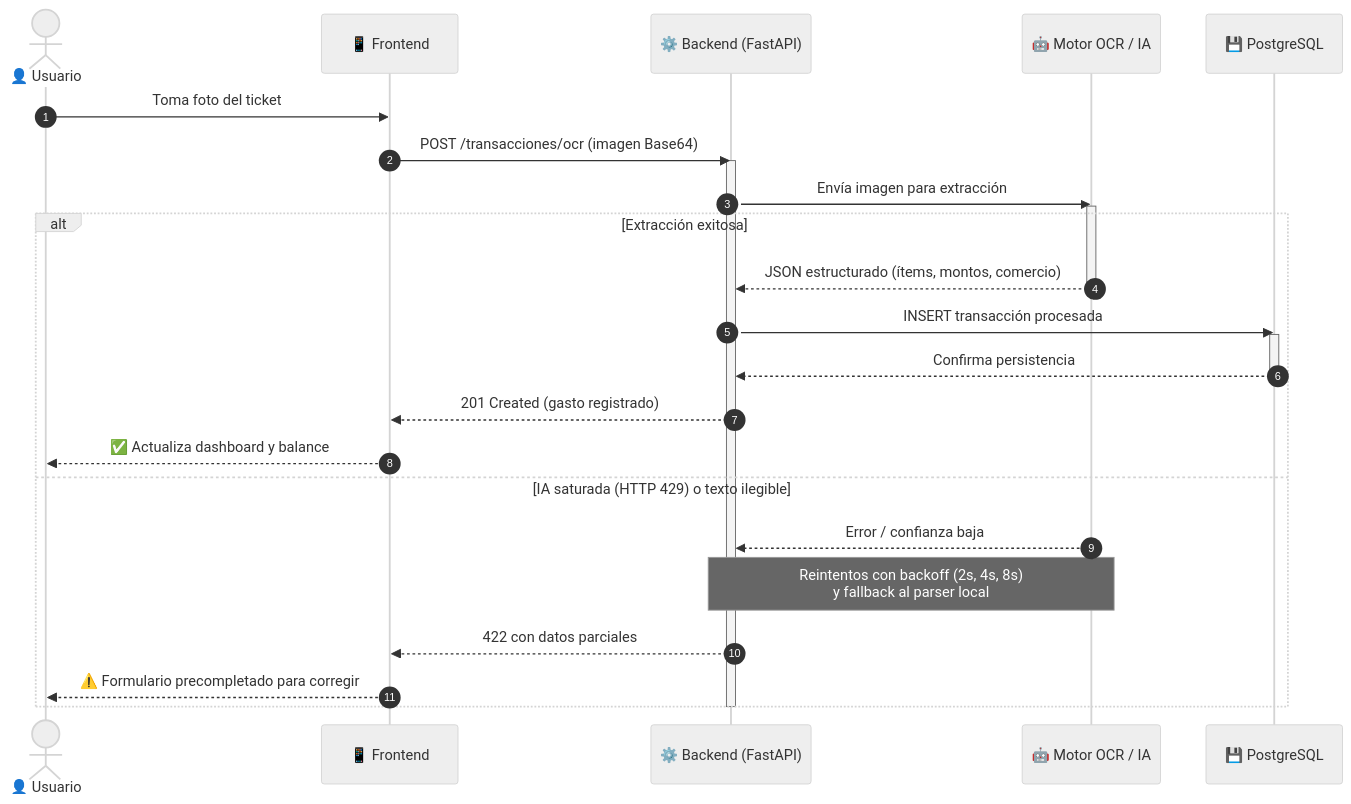
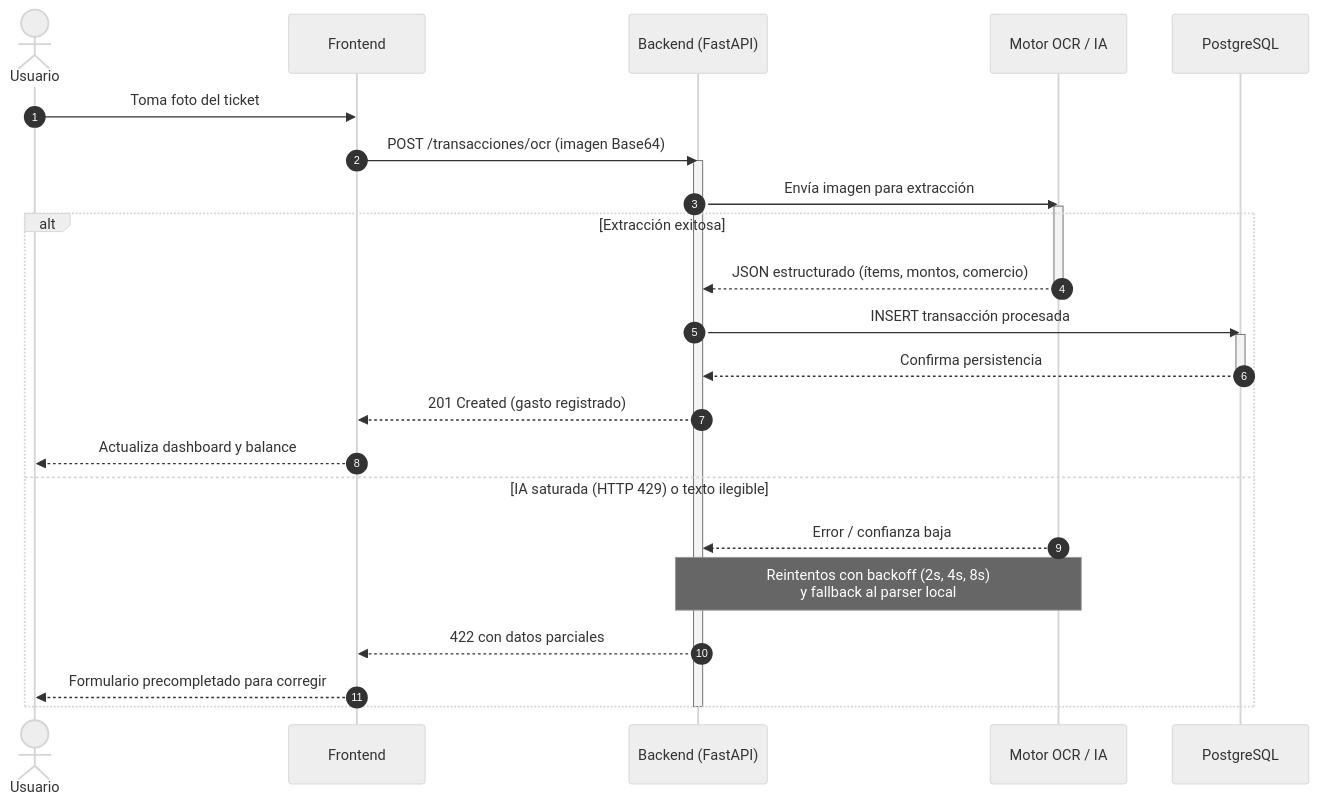
Before and after one commit to carpincho2/Gestor-Finanzas: the fourth of 4 diagrams in mds/diagramas_arquitectura.md, drawn with Mermaid (neutral theme). The commit also changed other lines of this file and 2 other files, not shown here.

Commit message:
docs: remover emojis de todos los diagramas mermaid

````diff
--- a/mds/diagramas_arquitectura.md
+++ b/mds/diagramas_arquitectura.md
@@ -131,32 +131,32 @@
 ```mermaid
 sequenceDiagram
     autonumber
-    actor U as 👤 Usuario
-    participant FE as 📱 Frontend
-    participant BE as ⚙️ Backend (FastAPI)
-    participant AI as 🤖 Motor OCR / IA
-    participant DB as 💾 PostgreSQL
+    actor U as Usuario
+    participant FE as Frontend
+    participant BE as Backend (FastAPI)
+    participant AI as Motor OCR / IA
+    participant DB as PostgreSQL
 
     U->>FE: Toma foto del ticket
     FE->>BE: POST /transacciones/ocr (imagen Base64)
     activate BE
     BE->>AI: Envía imagen para extracción
     activate AI
 
     alt Extracción exitosa
         AI-->>BE: JSON estructurado (ítems, montos, comercio)
         deactivate AI
         BE->>DB: INSERT transacción procesada
         activate DB
         DB-->>BE: Confirma persistencia
         deactivate DB
         BE-->>FE: 201 Created (gasto registrado)
-        FE-->>U: ✅ Actualiza dashboard y balance
+        FE-->>U: Actualiza dashboard y balance
     else IA saturada (HTTP 429) o texto ilegible
         AI-->>BE: Error / confianza baja
         Note over BE,AI: Reintentos con backoff (2s, 4s, 8s)<br/>y fallback al parser local
         BE-->>FE: 422 con datos parciales
-        FE-->>U: ⚠️ Formulario precompletado para corregir
+        FE-->>U: Formulario precompletado para corregir
     end
     deactivate BE
 ```
````
